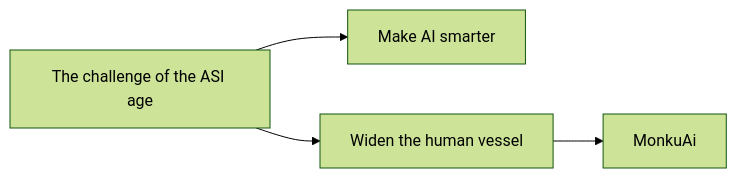
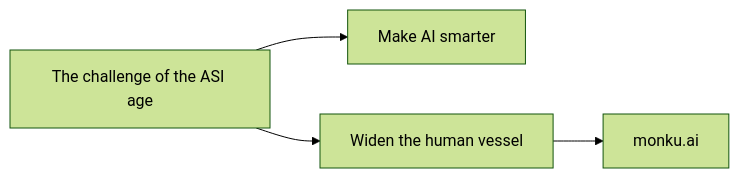
The second of 2 diagrams in docs/diagram-structure-en.md (kentaroid-bot/Monku_Ai), drawn with Mermaid (forest theme) before and after one commit. The commit also changed other lines of this file and 40 other files, not shown here.

````diff
--- a/docs/diagram-structure-en.md
+++ b/docs/diagram-structure-en.md
@@ -119,11 +119,11 @@
 ```mermaid
 flowchart LR
     A["The challenge of the ASI age"]
     B["Make AI smarter"]
     C["Widen the human vessel"]
-    D["MonkuAi"]
+    D["monku.ai"]
 
     A --> B
     A --> C
     C --> D
 ```
````
